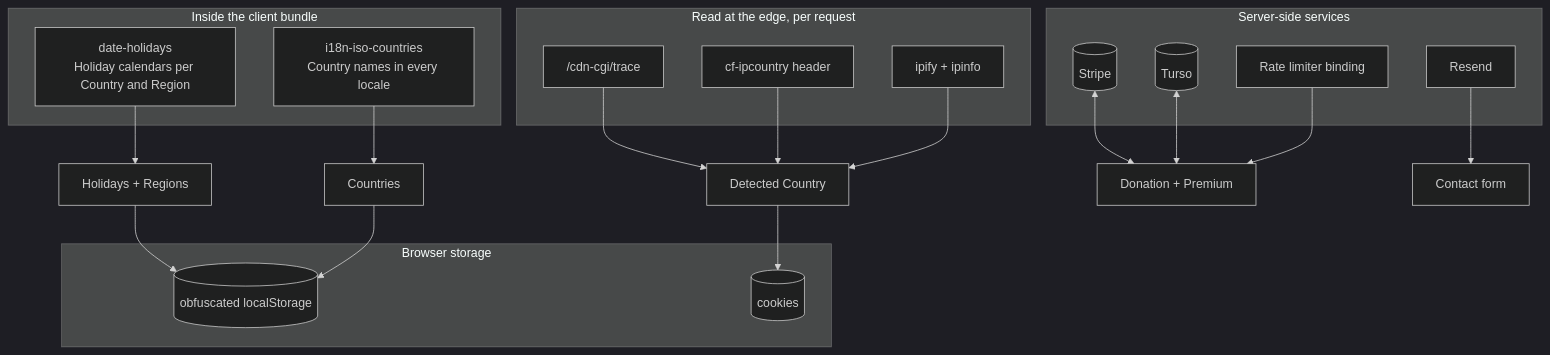
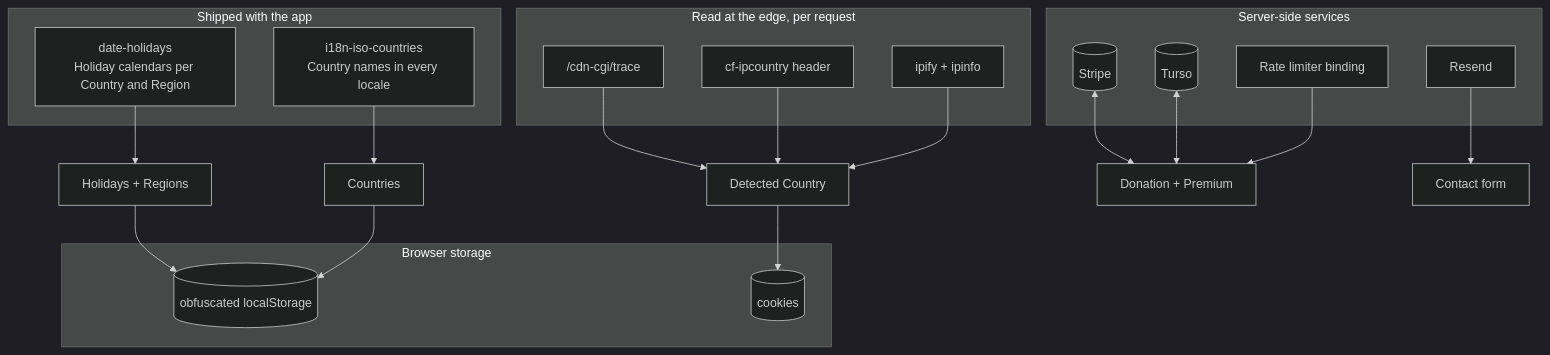
Before and after one commit to fbuireu/forever-pto: the diagram in apps/docs/src/content/docs/how-it-works/data-sources.mdx, drawn with Mermaid (dark theme). The commit also changed other lines of this file and 232 other files, not shown here.

````diff
--- a/apps/docs/src/content/docs/how-it-works/data-sources.mdx
+++ b/apps/docs/src/content/docs/how-it-works/data-sources.mdx
@@ -12,31 +12,31 @@
 ```mermaid
 flowchart TB
-  subgraph bundle [Inside the client bundle]
+  subgraph bundle [Shipped with the app]
     DH[date-holidays<br/>Holiday calendars per Country and Region]
     ISO[i18n-iso-countries<br/>Country names in every locale]
   end
   subgraph edge [Read at the edge, per request]
     TRACE["/cdn-cgi/trace"]
     HDR[cf-ipcountry header]
     IPAPI[ipify + ipinfo]
   end
   subgraph browser [Browser storage]
     LS[(obfuscated localStorage)]
     CK[(cookies)]
   end
   subgraph server [Server-side services]
     STRIPE[(Stripe)]
     TURSO[(Turso)]
     RESEND[Resend]
     RL[Rate limiter binding]
   end
   DH --> HOL[Holidays + Regions]
   ISO --> CTRY[Countries]
   TRACE & HDR & IPAPI --> LOC[Detected Country]
   LOC --> CK
   HOL & CTRY --> LS
   STRIPE <--> PAY[Donation + Premium]
   TURSO <--> PAY
   RL --> PAY
   RESEND --> MAIL[Contact form]
 ```
````
